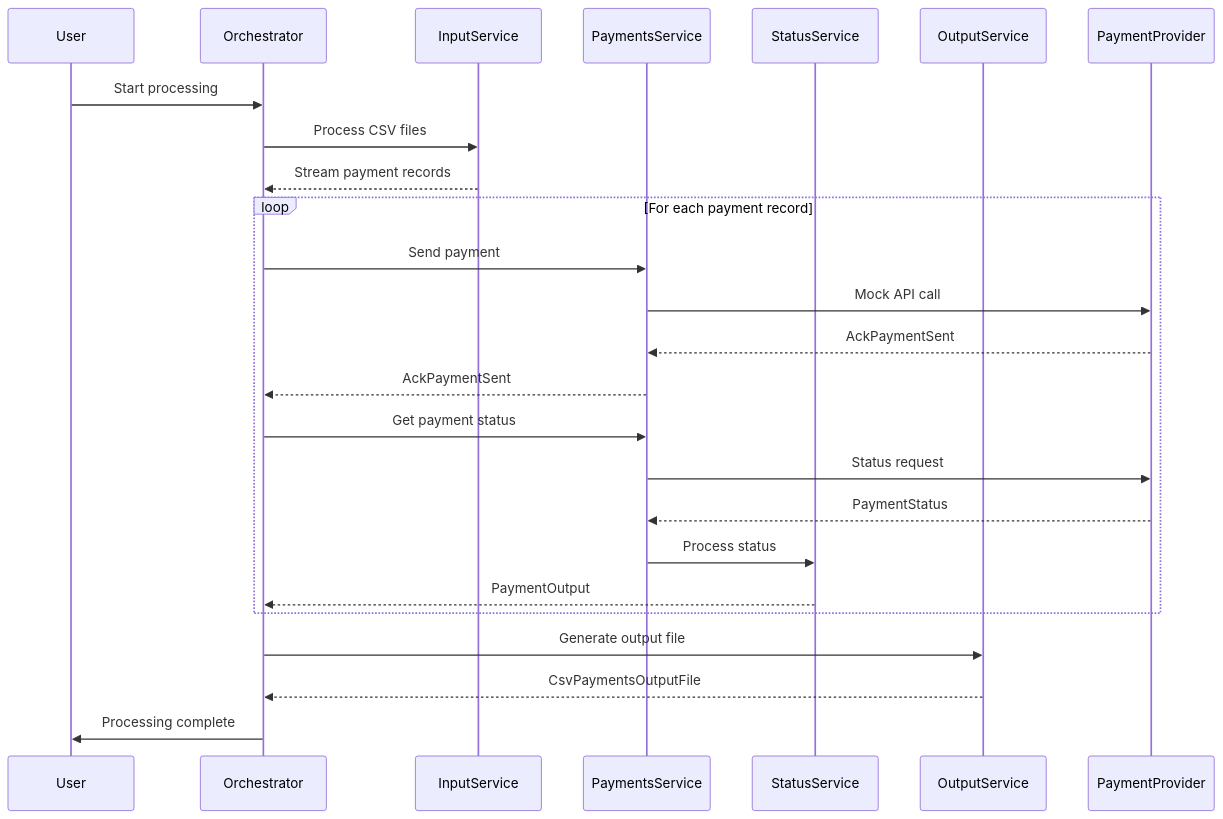
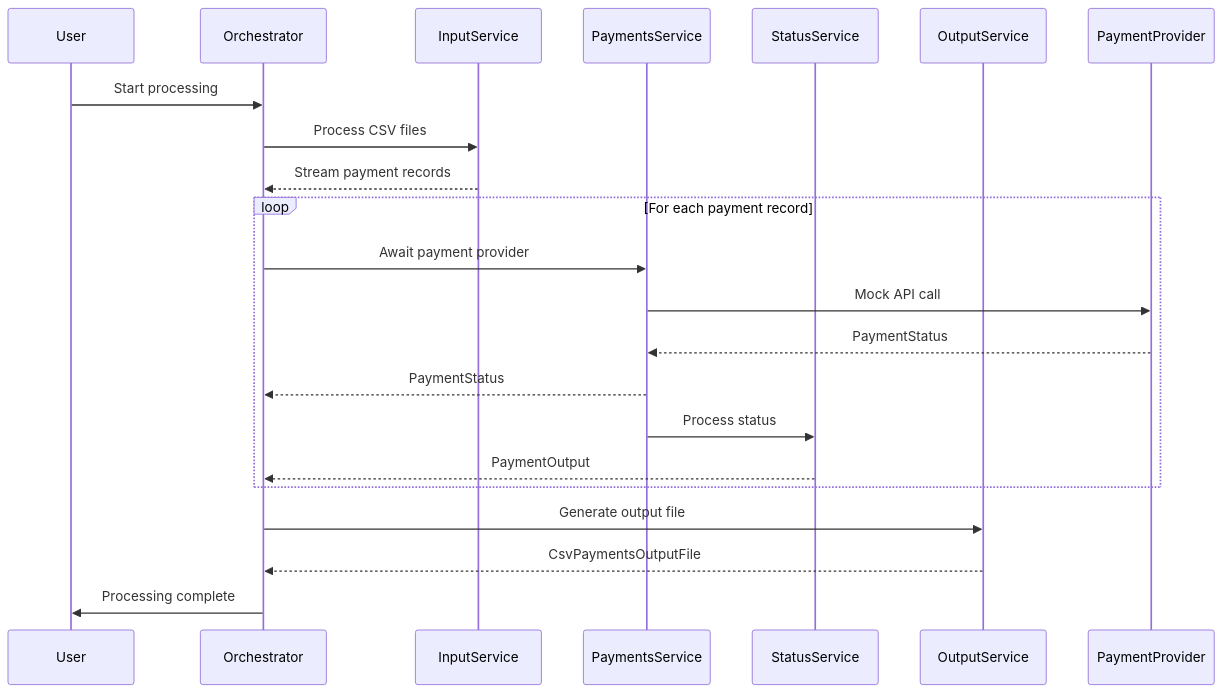
The second of 2 diagrams in examples/csv-payments/README.md (The-Pipeline-Framework/pipelineframework), drawn with Mermaid before and after one commit. The commit also changed other lines of this file and 133 other files, not shown here.

Commit message:
Cut over await runtime and CSV provider flow

````diff
--- a/examples/csv-payments/README.md
+++ b/examples/csv-payments/README.md
@@ -308,28 +308,25 @@
 ```mermaid
 sequenceDiagram
     participant User
     participant Orchestrator
     participant InputService
     participant PaymentsService
     participant StatusService
     participant OutputService
     participant PaymentProvider
 
     User->>Orchestrator: Start processing
     Orchestrator->>InputService: Process CSV files
     InputService-->>Orchestrator: Stream payment records
     loop For each payment record
-        Orchestrator->>PaymentsService: Send payment
+        Orchestrator->>PaymentsService: Await payment provider
         PaymentsService->>PaymentProvider: Mock API call
-        PaymentProvider-->>PaymentsService: AckPaymentSent
-        PaymentsService-->>Orchestrator: AckPaymentSent
-        Orchestrator->>PaymentsService: Get payment status
-        PaymentsService->>PaymentProvider: Status request
         PaymentProvider-->>PaymentsService: PaymentStatus
+        PaymentsService-->>Orchestrator: PaymentStatus
         PaymentsService->>StatusService: Process status
         StatusService-->>Orchestrator: PaymentOutput
     end
     Orchestrator->>OutputService: Generate output file
     OutputService-->>Orchestrator: CsvPaymentsOutputFile
     Orchestrator->>User: Processing complete
 ```
````
